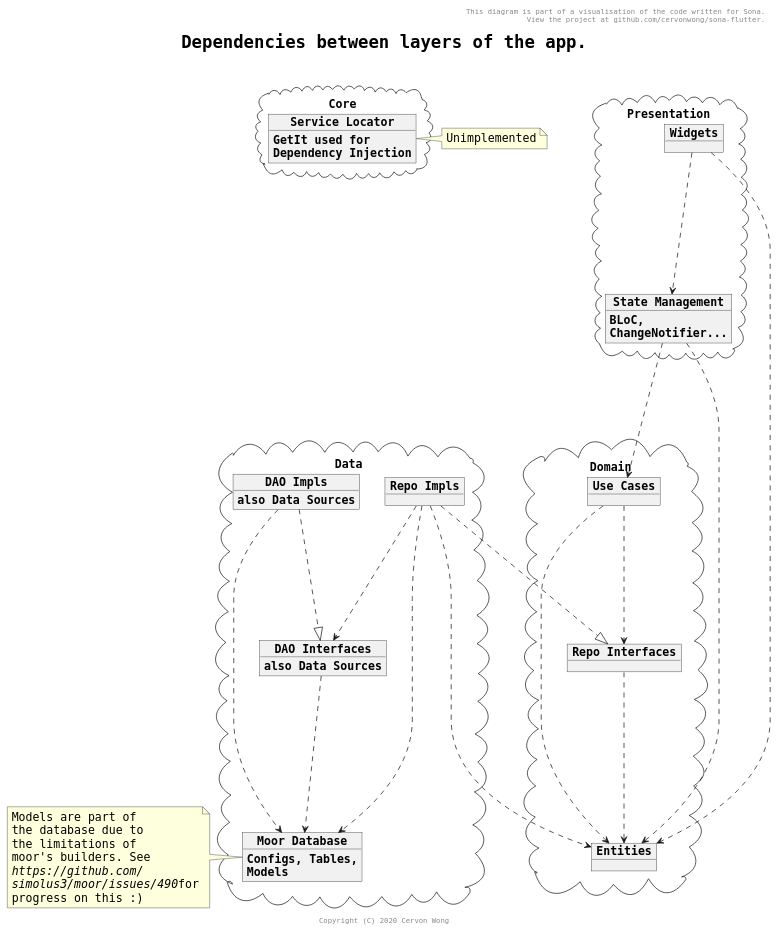
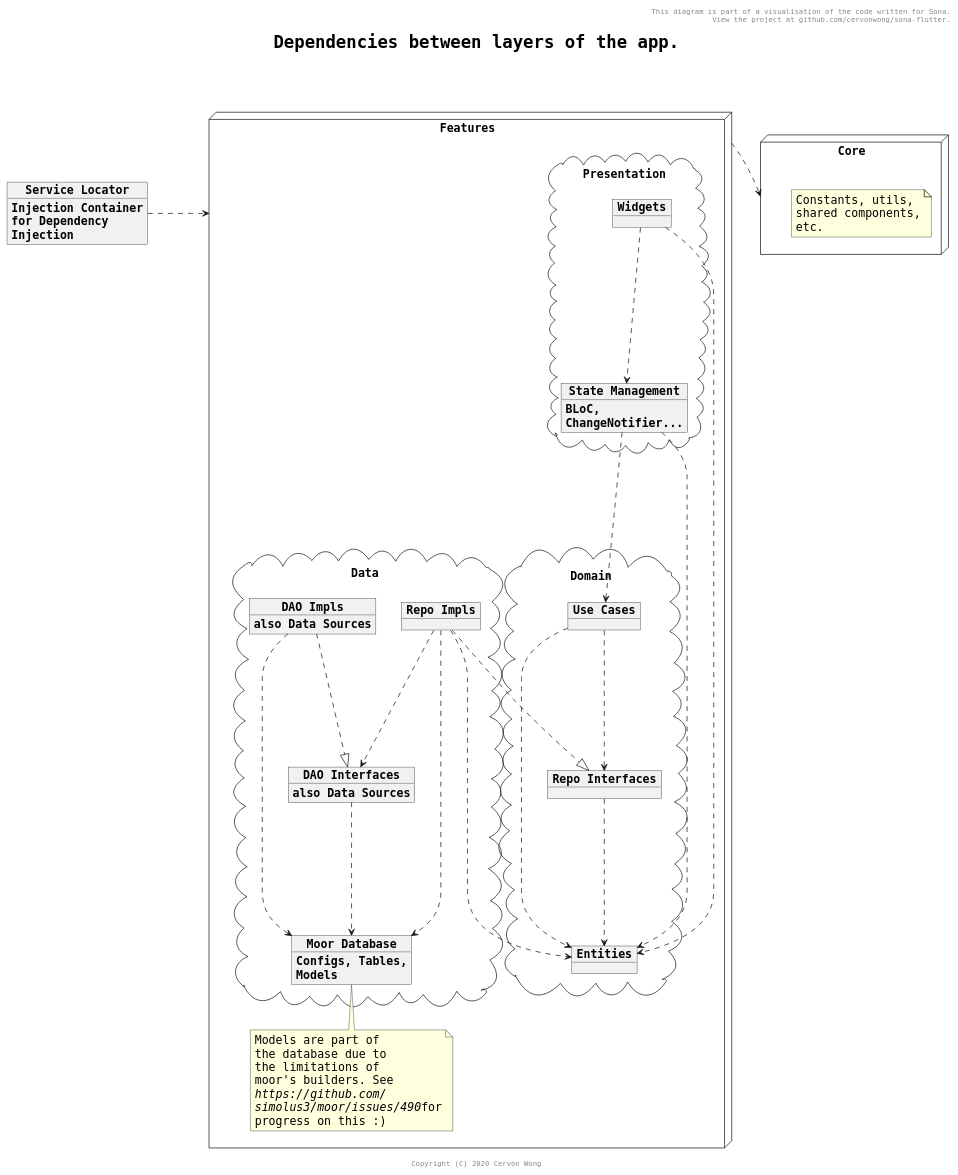
One commit to cervonwong/sona-flutter changed the diagram in puml/architecture_dependencies.puml. Above: the diagram before and after it, drawn with PlantUML.

Commit message:
Docs(puml): Add dependency between core, features, and service locator

```diff
--- a/puml/architecture_dependencies.puml
+++ b/puml/architecture_dependencies.puml
@@ -1,72 +1,75 @@
 @startuml
 
 skinparam wrapWidth 200
 skinparam maxMessageSize 100
 skinparam defaultFontName Monospaced
 skinparam defaultFontSize 16
 skinparam arrowFontSize 12
 skinparam objectFontStyle bold
 skinparam titleFontSize 24
 skinparam titleFontStyle bold
 skinparam shadowing false
 
 header This diagram is part of a visualisation of the code written for Sona.\n View the project at github.com/cervonwong/sona-flutter.
 title Dependencies between layers of the app.\n
 footer Copyright (C) 2020 Cervon Wong
 
-package Presentation <<Cloud>> {
-	object "Widgets" as w
-    object "State Management" as s {
-    	BLoC, ChangeNotifier...
-    }
+package Features <<Node>> {
+	package Presentation <<Cloud>> {
+		object "Widgets" as w
+		object "State Management" as s {
+			BLoC, ChangeNotifier...
+		}
+	}
+	
+	package Domain <<Cloud>> {
+		object "Use Cases" as u
+		object "Entities" as e
+		object "Repo Interfaces" as ir
+	}
+	
+	package Data <<Cloud>> {
+		object "Repo Impls" as ri
+		object "DAO Impls" AS di {
+			also Data Sources
+		}
+		object "DAO Interfaces" as id {
+			also Data Sources
+		}
+		object "Moor Database" as db {
+			Configs, Tables, Models
+		}
+	}
+
+	note bottom of db
+    	Models are part of the database due to the limitations of moor's builders. See <i>https://github.com/ simolus3/moor/issues/490</i>for progress on this :)
+    end note
 }
 
-package Domain <<Cloud>> {
-	object "Use Cases" as u
-	object "Entities" as e
-	object "Repo Interfaces" as ir
+object "Service Locator" as sl {
+	Injection Container for Dependency Injection
 }
 
-package Data <<Cloud>> {
-	object "Repo Impls" as ri
-    object "DAO Impls" AS di {
-    	also Data Sources
-    }
-    object "DAO Interfaces" as id {
-    	also Data Sources
-    }
-    object "Moor Database" as db {
-    	Configs, Tables, Models
-    }
-}
-
-package Core <<Cloud>> {
-	object "Service Locator" as sl {
-    	GetIt used for Dependency Injection
-    }
+package Core <<Node>> {
+	note "Constants, utils, shared components, etc." as n1
 }
 
 w  ....>  s
 w  ....>  e
 s  ....>  u
 s  ....>  e
 u  ....>  e
 u  ....>  ir
 ir ....>  e
 ri ....|> ir
 ri ....>  id
 ri ....>  db
 ri ....>  e
 di ....>  db
 di ....|> id
 id ....> db
 
-note right of sl
-	Unimplemented
-end note
-
-note left of db
-	Models are part of the database due to the limitations of moor's builders. See <i>https://github.com/ simolus3/moor/issues/490</i>for progress on this :)
-end note
+sl .> Features : \t
+Features .> Core : \t
 
 @enduml
```
